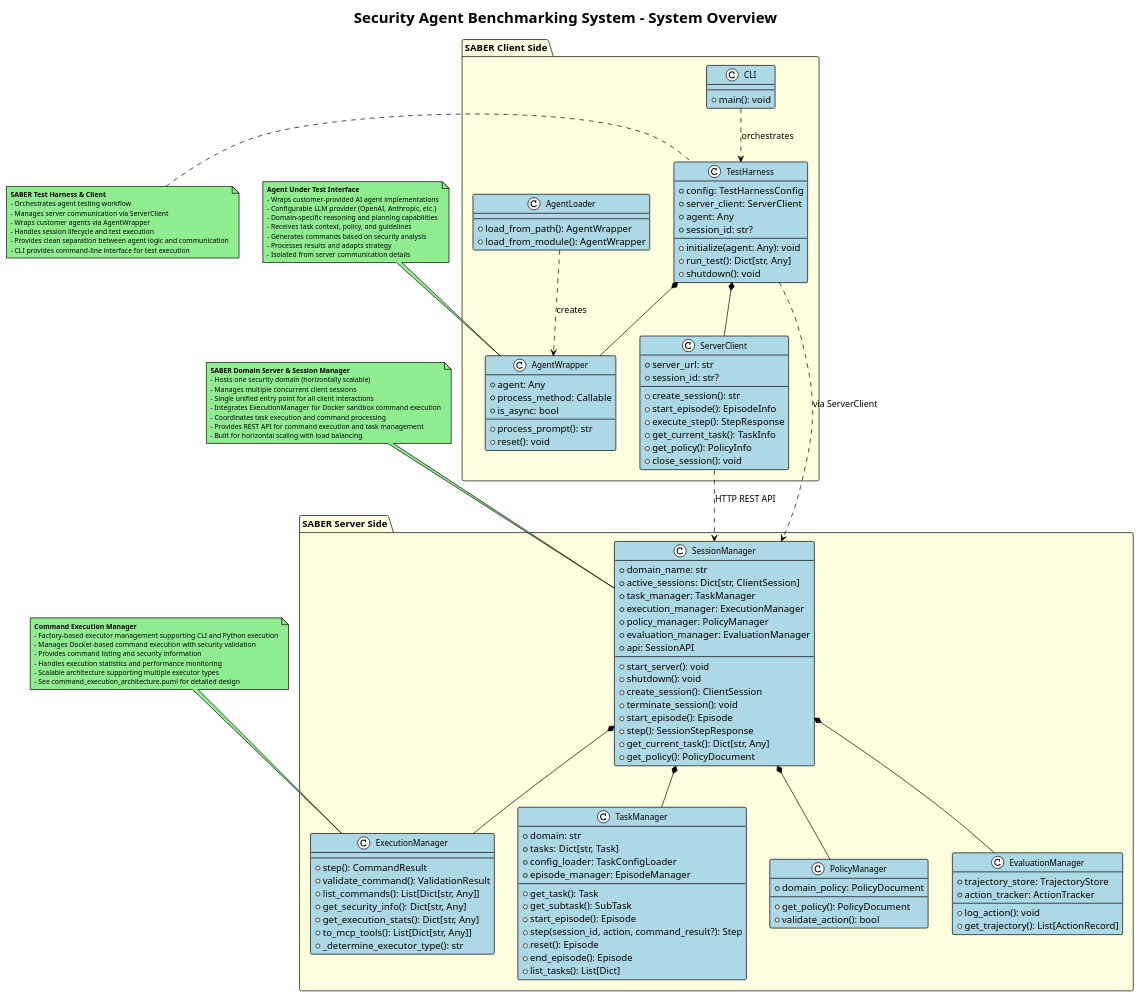
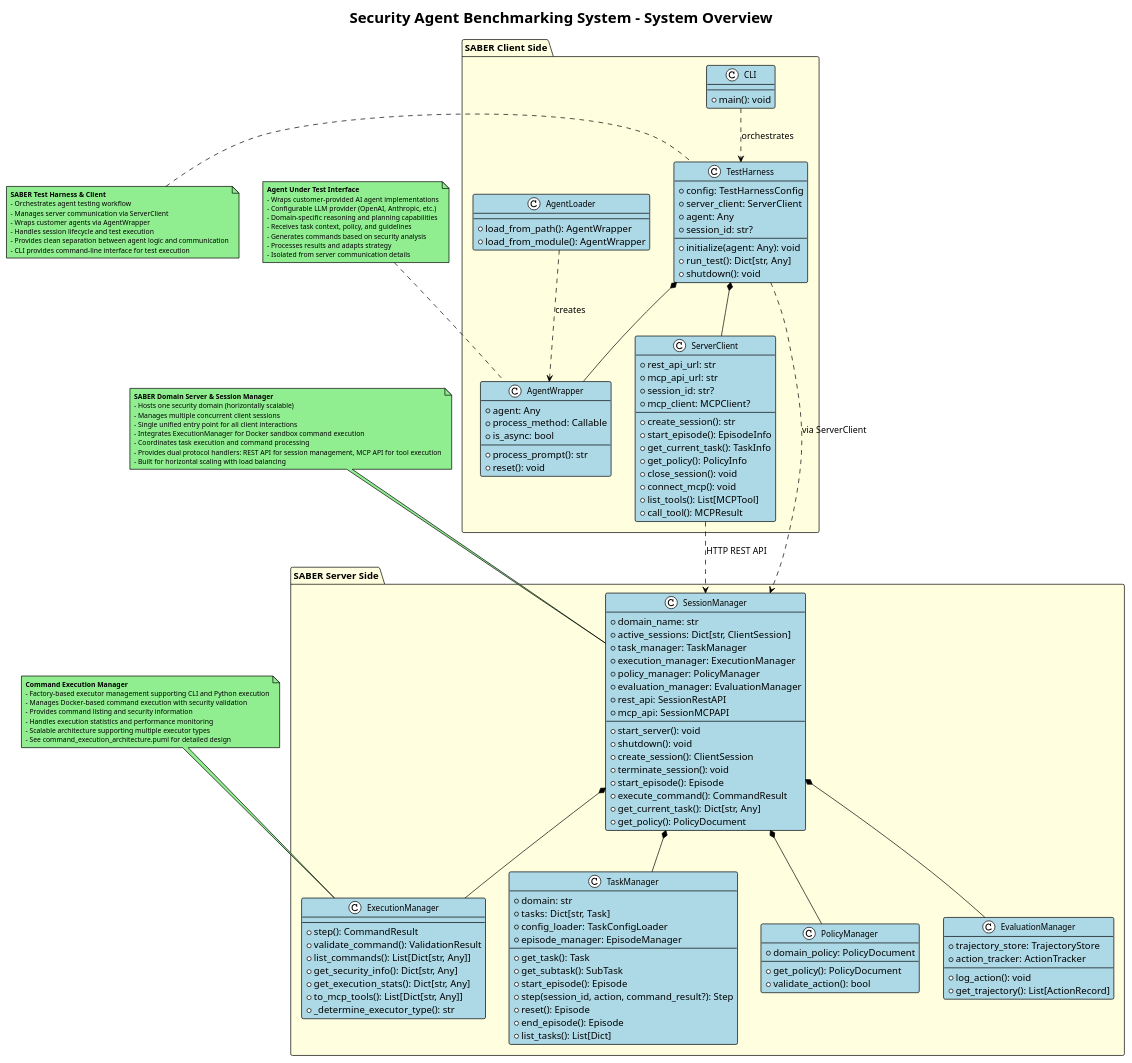
The diagram in docs/system_overview_architecture.puml (microsoft/ACES), drawn with PlantUML before and after one commit. The commit also changed 10 other files, not shown here.

Commit message:
Added documentation for MCP server integration

```diff
--- a/docs/system_overview_architecture.puml
+++ b/docs/system_overview_architecture.puml
@@ -1,191 +1,196 @@
 @startuml SABER System Overview
 
 !theme plain
 title Security Agent Benchmarking System - System Overview
 
 skinparam class {
     BackgroundColor lightblue
     BorderColor black
     ArrowColor black
     FontSize 12
 }
 
 skinparam package {
     BackgroundColor lightyellow
     BorderColor black
     FontSize 14
 }
 
 skinparam note {
     BackgroundColor lightgreen
     FontSize 10
 }
 
 package "SABER Server Side" {
 
     class SessionManager {
         +domain_name: str
         +active_sessions: Dict[str, ClientSession]
         +task_manager: TaskManager
         +execution_manager: ExecutionManager
         +policy_manager: PolicyManager
         +evaluation_manager: EvaluationManager
-        +api: SessionAPI
+        +rest_api: SessionRestAPI
+        +mcp_api: SessionMCPAPI
         --
         +start_server(): void
         +shutdown(): void
         +create_session(): ClientSession
         +terminate_session(): void
         +start_episode(): Episode
-        +step(): SessionStepResponse
+        +execute_command(): CommandResult
         +get_current_task(): Dict[str, Any]
         +get_policy(): PolicyDocument
     }
 
     class TaskManager {
         +domain: str
         +tasks: Dict[str, Task]
         +config_loader: TaskConfigLoader
         +episode_manager: EpisodeManager
         --
         +get_task(): Task
         +get_subtask(): SubTask
         +start_episode(): Episode
         +step(session_id, action, command_result?): Step
         +reset(): Episode
         +end_episode(): Episode
         +list_tasks(): List[Dict]
     }
 
     class ExecutionManager {
         --
         +step(): CommandResult
         +validate_command(): ValidationResult
         +list_commands(): List[Dict[str, Any]]
         +get_security_info(): Dict[str, Any]
         +get_execution_stats(): Dict[str, Any]
         +to_mcp_tools(): List[Dict[str, Any]]
         +_determine_executor_type(): str
     }
 
     class PolicyManager {
         +domain_policy: PolicyDocument
         --
         +get_policy(): PolicyDocument
         +validate_action(): bool
     }
 
     class EvaluationManager {
         +trajectory_store: TrajectoryStore
         +action_tracker: ActionTracker
         --
         +log_action(): void
         +get_trajectory(): List[ActionRecord]
     }
 }
 
 package "SABER Client Side" {
 
     class TestHarness {
         +config: TestHarnessConfig
         +server_client: ServerClient
         +agent: Any
         +session_id: str?
         --
         +initialize(agent: Any): void
         +run_test(): Dict[str, Any]
         +shutdown(): void
     }
 
     class ServerClient {
-        +server_url: str
+        +rest_api_url: str
+        +mcp_api_url: str
         +session_id: str?
+        +mcp_client: MCPClient?
         --
         +create_session(): str
         +start_episode(): EpisodeInfo
-        +execute_step(): StepResponse
         +get_current_task(): TaskInfo
         +get_policy(): PolicyInfo
         +close_session(): void
+        +connect_mcp(): void
+        +list_tools(): List[MCPTool]
+        +call_tool(): MCPResult
     }
 
     class AgentWrapper {
         +agent: Any
         +process_method: Callable
         +is_async: bool
         --
         +process_prompt(): str
         +reset(): void
     }
 
     class AgentLoader {
         --
         +load_from_path(): AgentWrapper
         +load_from_module(): AgentWrapper
     }
 
     class CLI {
         --
         +main(): void
     }
 }
 
 ' Server Internal Relationships
 SessionManager *-- TaskManager
 SessionManager *-- ExecutionManager
 SessionManager *-- PolicyManager
 SessionManager *-- EvaluationManager
 
 ' Client Internal Relationships
 TestHarness *-- ServerClient
 TestHarness *-- AgentWrapper
 AgentLoader ..> AgentWrapper : creates
 CLI ..> TestHarness : orchestrates
 
 ' Client-Server Communication
 ServerClient ..> SessionManager : "HTTP REST API"
 TestHarness ..> SessionManager : "via ServerClient"
 
 note top of SessionManager
 **SABER Domain Server & Session Manager**
 - Hosts one security domain (horizontally scalable)
 - Manages multiple concurrent client sessions
 - Single unified entry point for all client interactions
 - Integrates ExecutionManager for Docker sandbox command execution
 - Coordinates task execution and command processing
-- Provides REST API for command execution and task management
+- Provides dual protocol handlers: REST API for session management, MCP API for tool execution
 - Built for horizontal scaling with load balancing
 end note
 
 note top of ExecutionManager
 **Command Execution Manager**
 - Factory-based executor management supporting CLI and Python execution
 - Manages Docker-based command execution with security validation
 - Provides command listing and security information
 - Handles execution statistics and performance monitoring
 - Scalable architecture supporting multiple executor types
 - See command_execution_architecture.puml for detailed design
 end note
 
 note left of TestHarness
 **SABER Test Harness & Client**
 - Orchestrates agent testing workflow
 - Manages server communication via ServerClient
 - Wraps customer agents via AgentWrapper
 - Handles session lifecycle and test execution
 - Provides clean separation between agent logic and communication
 - CLI provides command-line interface for test execution
 end note
 
 note top of AgentWrapper
 **Agent Under Test Interface**
 - Wraps customer-provided AI agent implementations
 - Configurable LLM provider (OpenAI, Anthropic, etc.)
 - Domain-specific reasoning and planning capabilities
 - Receives task context, policy, and guidelines
 - Generates commands based on security analysis
 - Processes results and adapts strategy
 - Isolated from server communication details
 end note
 
 @enduml
```
